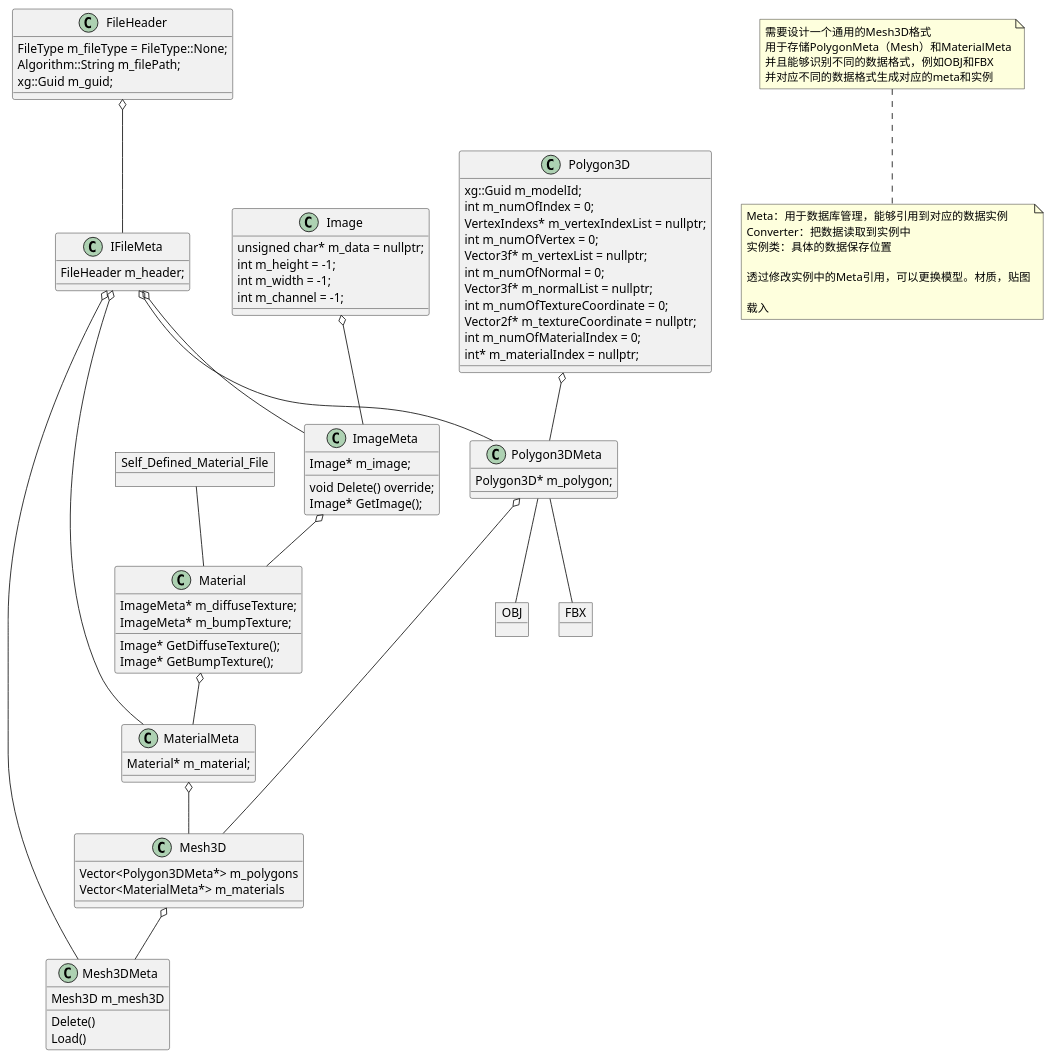
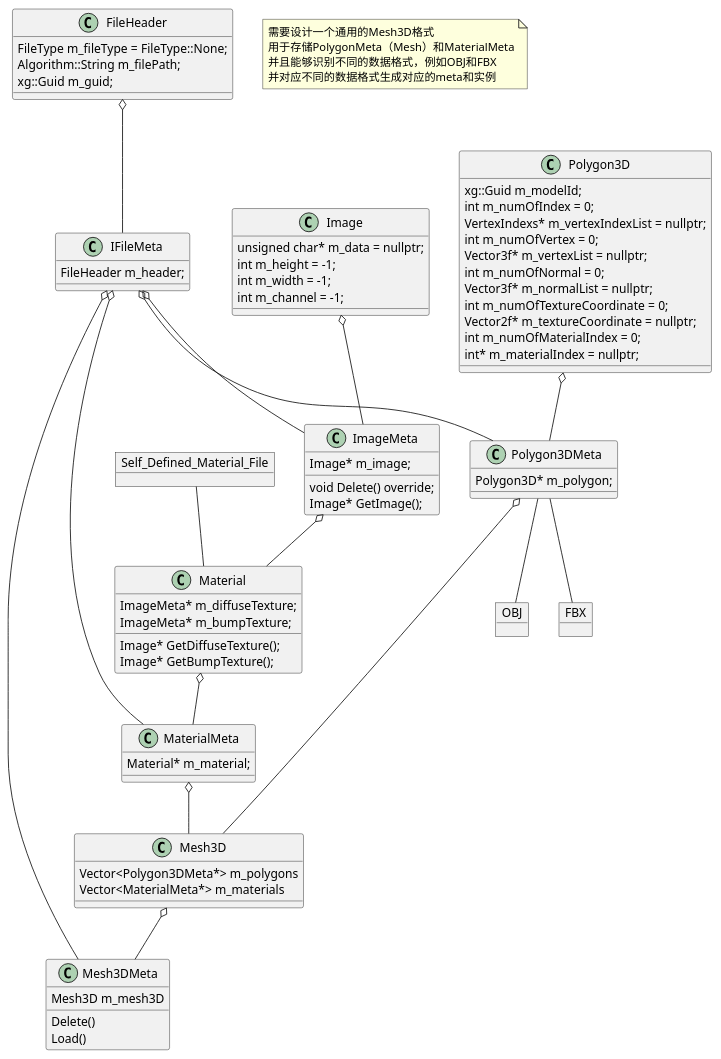
The diagram in Document/Mesh3D Struction.wsd (kwh3884858/XenonEngine), drawn with PlantUML before and after one commit. The commit also changed 24 other files, not shown here.

```diff
--- a/Document/Mesh3D Struction.wsd
+++ b/Document/Mesh3D Struction.wsd
@@ -1,111 +1,101 @@
-@startuml
+@startuml Mesh3D
 
 class IFileMeta{
     FileHeader m_header;
 }
 
 class FileHeader{
     FileType m_fileType = FileType::None;
     Algorithm::String m_filePath;
     xg::Guid m_guid;
 }
 
 FileHeader o-- IFileMeta
 
 IFileMeta o-- ImageMeta
 IFileMeta o-- MaterialMeta
 IFileMeta o-- Mesh3DMeta
 IFileMeta o-- Polygon3DMeta
 
 class Image{
     unsigned char* m_data = nullptr;
     int m_height = -1;
     int m_width = -1;
     int m_channel = -1;
 }
 class ImageMeta{
     void Delete() override;
     Image* GetImage();
     Image* m_image;
 }
 Image o-- ImageMeta 
 
 class Material{
     ImageMeta* m_diffuseTexture;
     ImageMeta* m_bumpTexture;
     Image* GetDiffuseTexture();
     Image* GetBumpTexture();
 }
 ImageMeta o-- Material
 
 class MaterialMeta{		
     Material* m_material;
 }
 Material o-- MaterialMeta
 
 object Self_Defined_Material_File{
 
 }
 Self_Defined_Material_File -- Material
 
 class Polygon3DMeta{
     Polygon3D* m_polygon;
 }
 
 class Polygon3D{
     xg::Guid m_modelId;
     int m_numOfIndex = 0;
     VertexIndexs* m_vertexIndexList = nullptr;
     int m_numOfVertex = 0;
     Vector3f* m_vertexList = nullptr;
     int m_numOfNormal = 0;
     Vector3f* m_normalList = nullptr;
     int m_numOfTextureCoordinate = 0;
     Vector2f* m_textureCoordinate = nullptr;
     int m_numOfMaterialIndex = 0;
     int* m_materialIndex = nullptr;
 }
 Polygon3D o-- Polygon3DMeta
 
 object OBJ{
 }
 object FBX{
 }
 
 Polygon3DMeta -- FBX
 Polygon3DMeta -- OBJ
 
 class Mesh3D {
     Vector<Polygon3DMeta*> m_polygons
     Vector<MaterialMeta*> m_materials
 }
 
 MaterialMeta o-- Mesh3D
 Polygon3DMeta o-- Mesh3D
 
 class Mesh3DMeta {
     Mesh3D m_mesh3D
     Delete()
     Load()
 }
 
 Mesh3D o-- Mesh3DMeta
 
 note as N1 
     需要设计一个通用的Mesh3D格式
     用于存储PolygonMeta（Mesh）和MaterialMeta
     并且能够识别不同的数据格式，例如OBJ和FBX
     并对应不同的数据格式生成对应的meta和实例
 end note
 
-note bottom of N1
-    Meta：用于数据库管理，能够引用到对应的数据实例
-    Converter：把数据读取到实例中
-    实例类：具体的数据保存位置
-
-    透过修改实例中的Meta引用，可以更换模型。材质，贴图
-
-    载入
-end note
-
 @enduml
```
